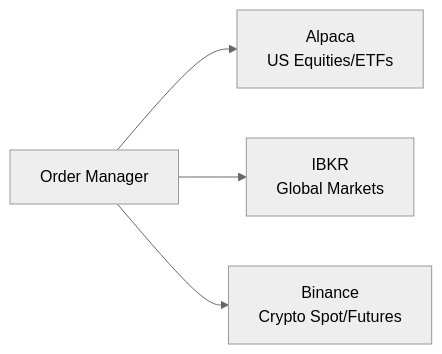
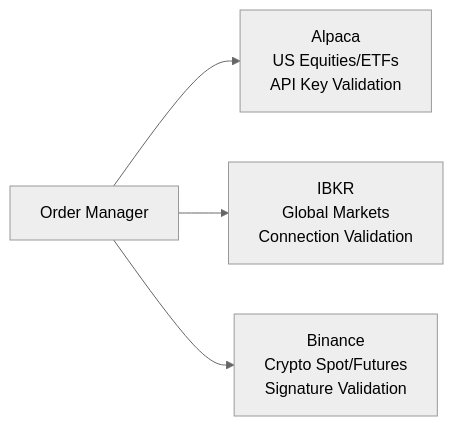
The seventh of 13 diagrams in .qoder/repowiki/en/content/Execution and Compliance.md (guofeng201507/shark-quant-trader), drawn with Mermaid (neutral theme) before and after one commit. The commit also changed other lines of this file and 14 other files, not shown here.

````diff
--- a/.qoder/repowiki/en/content/Execution and Compliance.md
+++ b/.qoder/repowiki/en/content/Execution and Compliance.md
@@ -249,6 +320,6 @@
 ```mermaid
 graph LR
-OM["Order Manager"] --> A["Alpaca<br/>US Equities/ETFs"]
-OM --> I["IBKR<br/>Global Markets"]
-OM --> B["Binance<br/>Crypto Spot/Futures"]
+OM["Order Manager"] --> A["Alpaca<br/>US Equities/ETFs<br/>API Key Validation"]
+OM --> I["IBKR<br/>Global Markets<br/>Connection Validation"]
+OM --> B["Binance<br/>Crypto Spot/Futures<br/>Signature Validation"]
 ```
````
